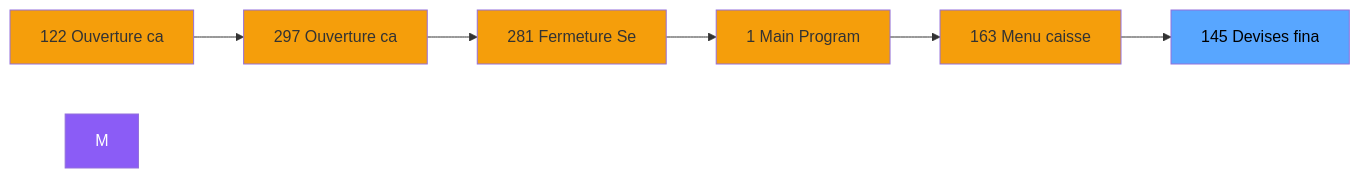
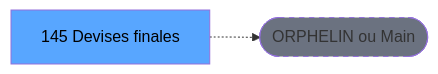
The second of 3 diagrams in .openspec/specs/ADH-IDE-145.md (thonyAGP/lecteur-magic), drawn with Mermaid before and after one commit. The commit also changed other lines of this file and 701 other files, not shown here.

````diff
--- a/.openspec/specs/ADH-IDE-145.md
+++ b/.openspec/specs/ADH-IDE-145.md
@@ -112,21 +117,8 @@
 ```mermaid
 graph LR
-    N122[122 Ouverture ca]
-    N297[297 Ouverture ca]
-    N281[281 Fermeture Se]
-    N1[1 Main Program]
-    N163[163 Menu caisse ]
-    T[145 Devises fina]
-    N122 --> N297
-    N297 --> N281
-    N281 --> N1
-    N1 --> N163
-    N163 --> T
-    style M fill:#8b5cf6,color:#fff
-    style N122 fill:#f59e0b
-    style N297 fill:#f59e0b
-    style N281 fill:#f59e0b
-    style N1 fill:#f59e0b
-    style N163 fill:#f59e0b
+    T[145 Devises finales]
+    ORPHAN([ORPHELIN ou Main])
+    T -.-> ORPHAN
     style T fill:#58a6ff,color:#000
+    style ORPHAN fill:#6b7280,stroke-dasharray: 5 5
 ```
````
